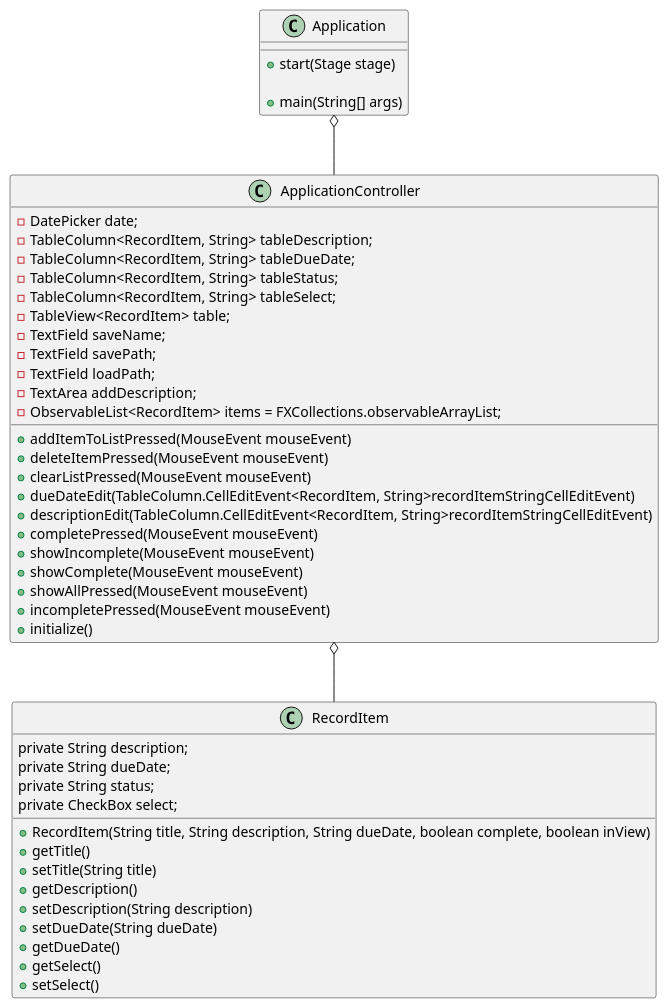
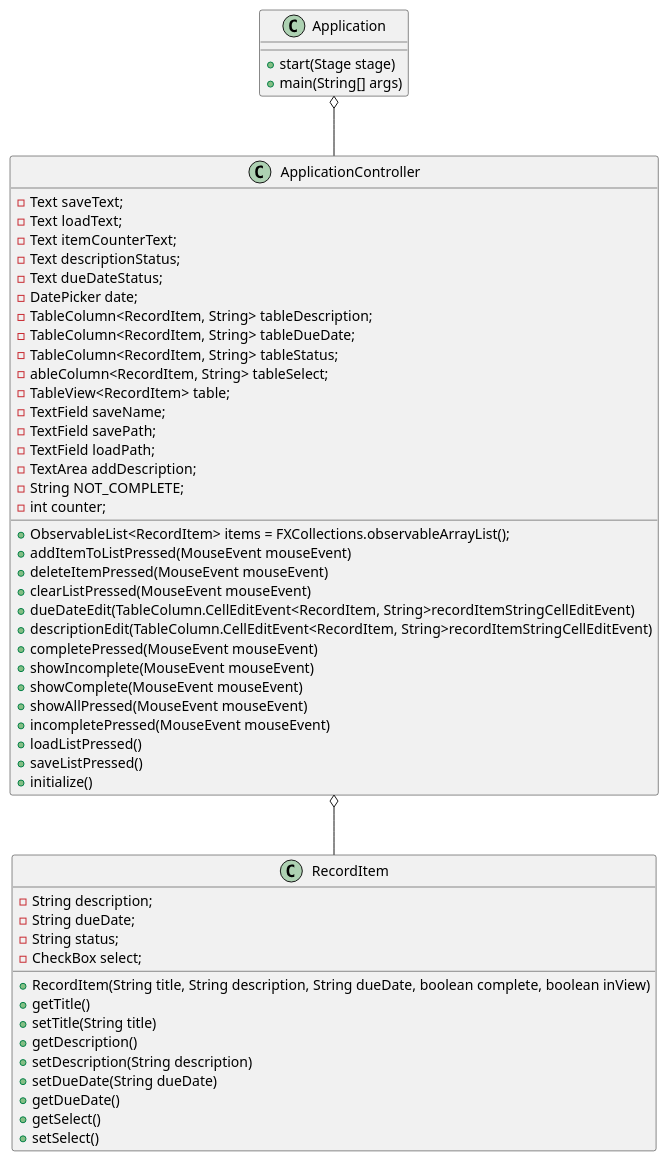
Before and after one commit to Adamfarrow1/Farrow-app1-impl: the diagram in docs/Application_UML.puml, drawn with PlantUML. The commit also changed 5 other files, not shown here.

```diff
--- a/docs/Application_UML.puml
+++ b/docs/Application_UML.puml
@@ -1,49 +1,58 @@
 @startuml
 Application o-- ApplicationController
 ApplicationController o-- RecordItem
 class Application{
 +start(Stage stage)
-
 +main(String[] args)
 }
 class ApplicationController{
+-Text saveText;
+-Text loadText;
+-Text itemCounterText;
+-Text descriptionStatus;
+-Text dueDateStatus;
 -DatePicker date;
 -TableColumn<RecordItem, String> tableDescription;
 -TableColumn<RecordItem, String> tableDueDate;
 -TableColumn<RecordItem, String> tableStatus;
--TableColumn<RecordItem, String> tableSelect;
+-ableColumn<RecordItem, String> tableSelect;
 -TableView<RecordItem> table;
 -TextField saveName;
 -TextField savePath;
 -TextField loadPath;
 -TextArea addDescription;
--ObservableList<RecordItem> items = FXCollections.observableArrayList;
++ObservableList<RecordItem> items = FXCollections.observableArrayList();
+-String NOT_COMPLETE;
+-int counter;
+
 +addItemToListPressed(MouseEvent mouseEvent)
 +deleteItemPressed(MouseEvent mouseEvent)
 +clearListPressed(MouseEvent mouseEvent)
 +dueDateEdit(TableColumn.CellEditEvent<RecordItem, String>recordItemStringCellEditEvent)
 +descriptionEdit(TableColumn.CellEditEvent<RecordItem, String>recordItemStringCellEditEvent)
 +completePressed(MouseEvent mouseEvent)
 +showIncomplete(MouseEvent mouseEvent)
 +showComplete(MouseEvent mouseEvent)
 +showAllPressed(MouseEvent mouseEvent)
 +incompletePressed(MouseEvent mouseEvent)
++loadListPressed()
++saveListPressed()
 +initialize()
 
 }
 class RecordItem{
- private String description;
- private String dueDate;
- private String status;
- private CheckBox select;
+-String description;
+-String dueDate;
+-String status;
+-CheckBox select;
 +RecordItem(String title, String description, String dueDate, boolean complete, boolean inView)
 +getTitle()
 +setTitle(String title)
 +getDescription()
 +setDescription(String description)
 +setDueDate(String dueDate)
 +getDueDate()
 +getSelect()
 +setSelect()
 }
 @enduml
```
